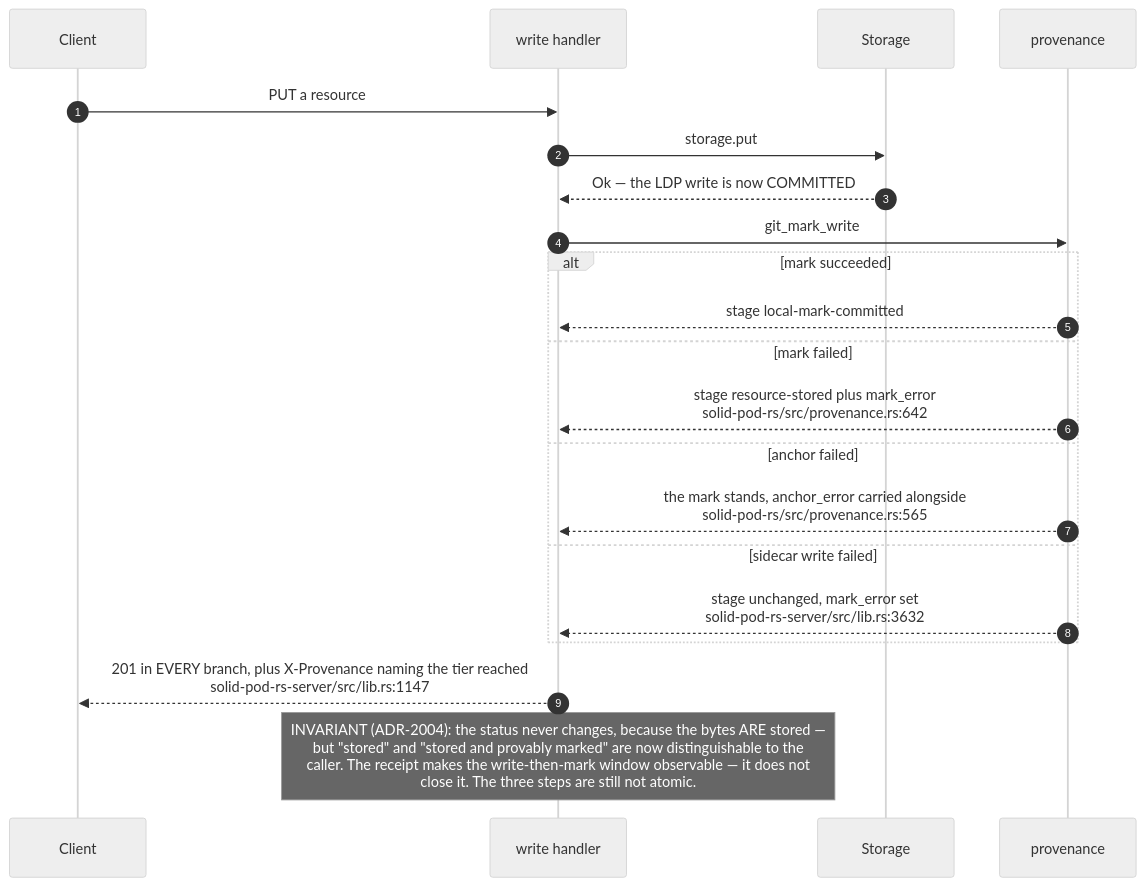
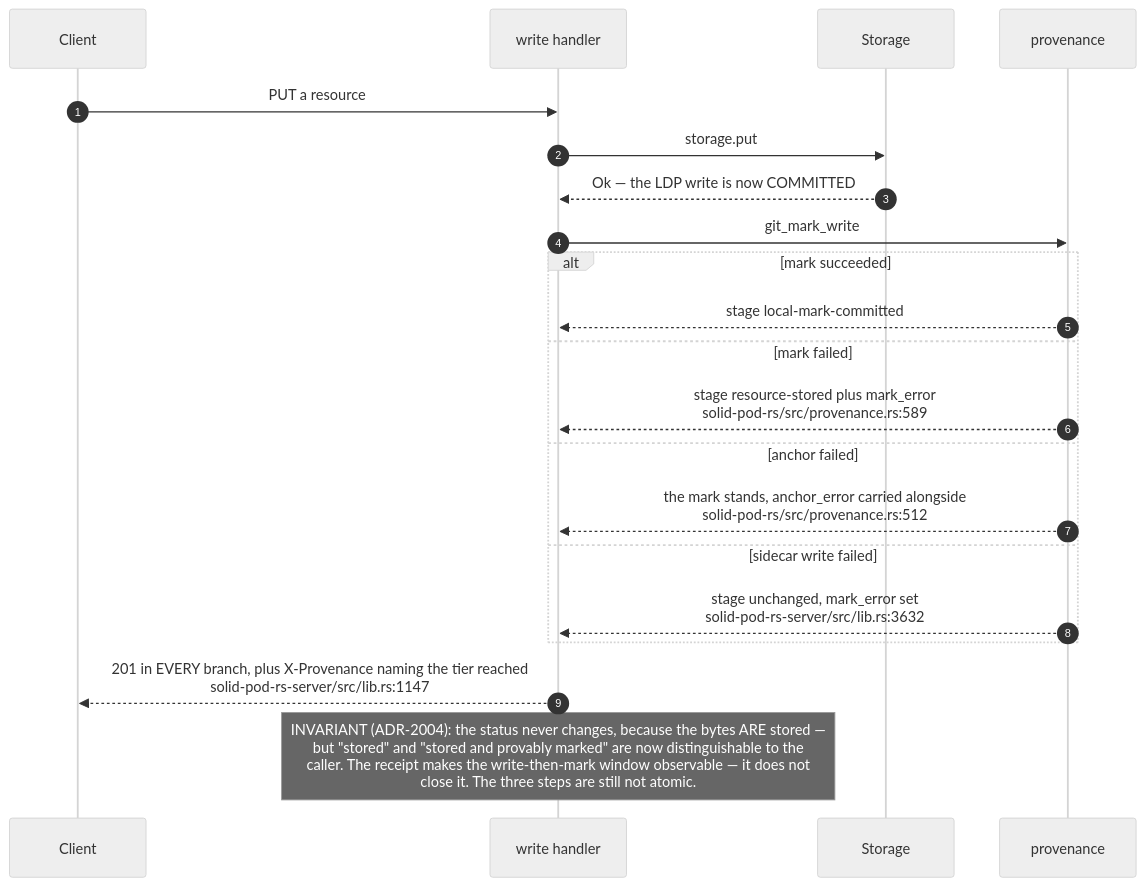
Before and after one commit to DreamLab-AI/VisionFlow: the third of 12 diagrams in docs/diagrams/solid-pod-rs/10-failure-modes-and-invariants.md, drawn with Mermaid (neutral theme). The commit also changed other lines of this file and 26 other files, not shown here.

First line of the commit message:
docs(diagrams): re-verify solid-pod-rs, nostr-rust-forum and visionclaw 22/36 against HEAD

````diff
--- a/docs/diagrams/solid-pod-rs/10-failure-modes-and-invariants.md
+++ b/docs/diagrams/solid-pod-rs/10-failure-modes-and-invariants.md
@@ -93,25 +93,25 @@
 ```mermaid
 sequenceDiagram
     autonumber
     participant C as Client
     participant H as write handler
     participant S as Storage
     participant P as provenance
 
     C->>H: PUT a resource
     H->>S: storage.put
     S-->>H: Ok — the LDP write is now COMMITTED
     H->>P: git_mark_write
     alt mark succeeded
         P-->>H: stage local-mark-committed
     else mark failed
-        P-->>H: stage resource-stored plus mark_error<br/>solid-pod-rs/src/provenance.rs:642
+        P-->>H: stage resource-stored plus mark_error<br/>solid-pod-rs/src/provenance.rs:589
     else anchor failed
-        P-->>H: the mark stands, anchor_error carried alongside<br/>solid-pod-rs/src/provenance.rs:565
+        P-->>H: the mark stands, anchor_error carried alongside<br/>solid-pod-rs/src/provenance.rs:512
     else sidecar write failed
         P-->>H: stage unchanged, mark_error set<br/>solid-pod-rs-server/src/lib.rs:3632
     end
     H-->>C: 201 in EVERY branch, plus X-Provenance naming the tier reached<br/>solid-pod-rs-server/src/lib.rs:1147
 
     Note over H: INVARIANT (ADR-2004): the status never changes, because the bytes ARE stored —<br/>but "stored" and "stored and provably marked" are now distinguishable to the<br/>caller. The receipt makes the write-then-mark window observable — it does not<br/>close it. The three steps are still not atomic.
 ```
````
